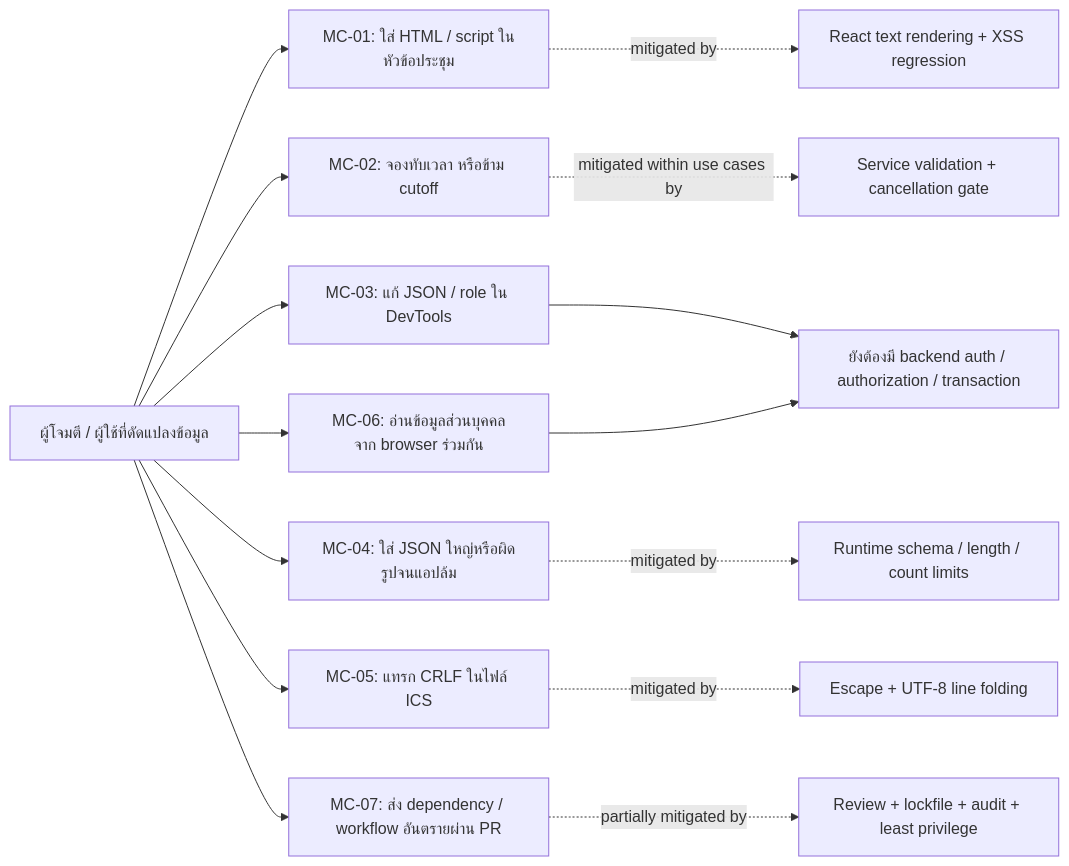
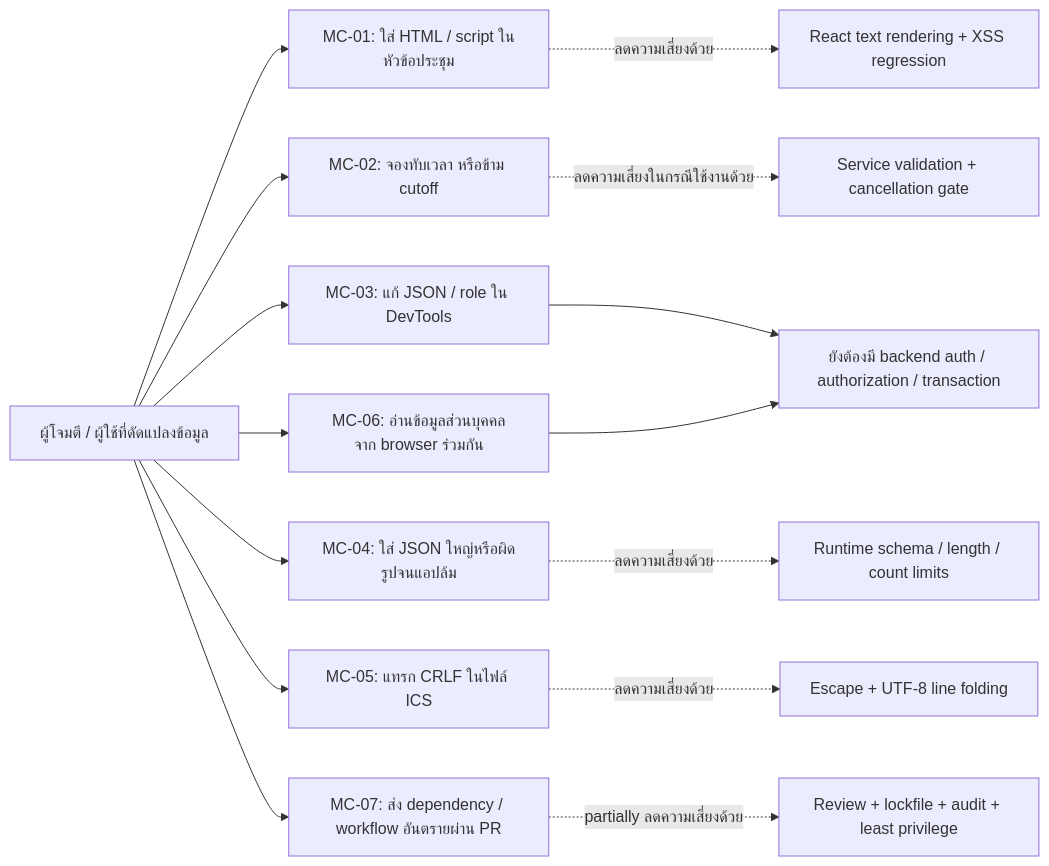
Before and after one commit to Pootanapat/smart-campus-booking: the third of 3 diagrams in docs/threat-model.md, drawn with Mermaid. The commit also changed other lines of this file and 53 other files, not shown here.

````diff
--- a/docs/threat-model.md
+++ b/docs/threat-model.md
@@ -79,17 +79,17 @@
 ```mermaid
 flowchart LR
  A[ผู้โจมตี / ผู้ใช้ที่ดัดแปลงข้อมูล] --> M1[MC-01: ใส่ HTML / script ในหัวข้อประชุม]
  A --> M2[MC-02: จองทับเวลา หรือข้าม cutoff]
  A --> M3[MC-03: แก้ JSON / role ใน DevTools]
  A --> M4[MC-04: ใส่ JSON ใหญ่หรือผิดรูปจนแอปล้ม]
  A --> M5[MC-05: แทรก CRLF ในไฟล์ ICS]
  A --> M6[MC-06: อ่านข้อมูลส่วนบุคคลจาก browser ร่วมกัน]
  A --> M7[MC-07: ส่ง dependency / workflow อันตรายผ่าน PR]
- M1 -. mitigated by .-> C1[React text rendering + XSS regression]
- M2 -. mitigated within use cases by .-> C2[Service validation + cancellation gate]
- M4 -. mitigated by .-> C3[Runtime schema / length / count limits]
- M5 -. mitigated by .-> C4[Escape + UTF-8 line folding]
- M7 -. partially mitigated by .-> C5[Review + lockfile + audit + least privilege]
+ M1 -. ลดความเสี่ยงด้วย .-> C1[React text rendering + XSS regression]
+ M2 -. ลดความเสี่ยงในกรณีใช้งานด้วย .-> C2[Service validation + cancellation gate]
+ M4 -. ลดความเสี่ยงด้วย .-> C3[Runtime schema / length / count limits]
+ M5 -. ลดความเสี่ยงด้วย .-> C4[Escape + UTF-8 line folding]
+ M7 -. partially ลดความเสี่ยงด้วย .-> C5[Review + lockfile + audit + least privilege]
  M3 --> OPEN[ยังต้องมี backend auth / authorization / transaction]
  M6 --> OPEN
 ```
````
